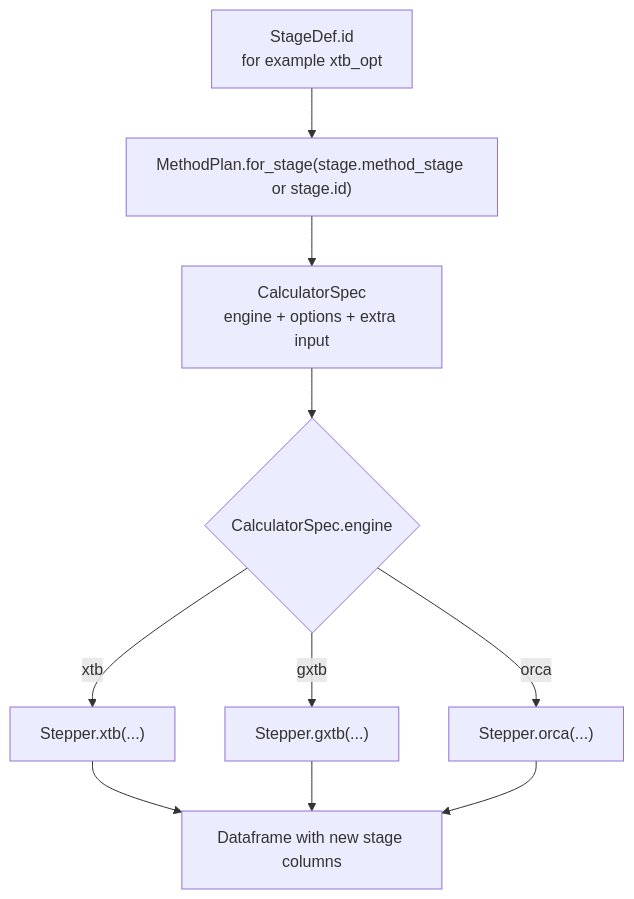
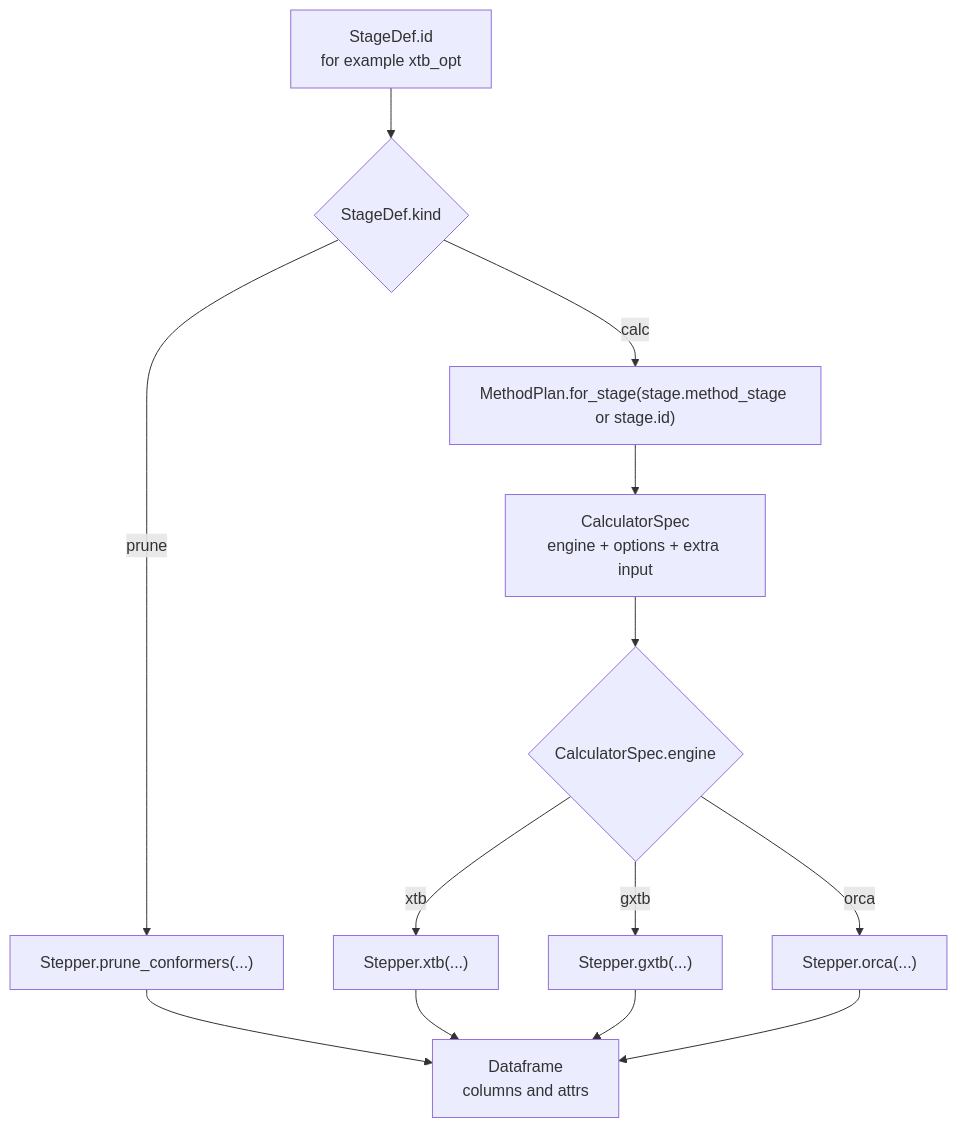
Before and after one commit to MolinDiscovery/FRUST: the fourth of 4 diagrams in docs/development/workflow-architecture.md, drawn with Mermaid. The commit also changed other lines of this file and 40 other files, not shown here.

````diff
--- a/docs/development/workflow-architecture.md
+++ b/docs/development/workflow-architecture.md
@@ -140,16 +140,20 @@
 ```mermaid
 flowchart TD
     A["StageDef.id<br/>for example xtb_opt"]
-    B["MethodPlan.for_stage(stage.method_stage or stage.id)"]
-    C["CalculatorSpec<br/>engine + options + extra input"]
-    D{"CalculatorSpec.engine"}
-    E["Stepper.xtb(...)"]
-    F["Stepper.gxtb(...)"]
-    G["Stepper.orca(...)"]
-    H["Dataframe with new stage columns"]
+    B{"StageDef.kind"}
+    C["Stepper.prune_conformers(...)"]
+    D["MethodPlan.for_stage(stage.method_stage or stage.id)"]
+    E["CalculatorSpec<br/>engine + options + extra input"]
+    F{"CalculatorSpec.engine"}
+    G["Stepper.xtb(...)"]
+    H["Stepper.gxtb(...)"]
+    I["Stepper.orca(...)"]
+    J["Dataframe<br/>columns and attrs"]
 
-    A --> B --> C --> D
-    D -->|"xtb"| E --> H
-    D -->|"gxtb"| F --> H
-    D -->|"orca"| G --> H
+    A --> B
+    B -->|"prune"| C --> J
+    B -->|"calc"| D --> E --> F
+    F -->|"xtb"| G --> J
+    F -->|"gxtb"| H --> J
+    F -->|"orca"| I --> J
 ```
````
